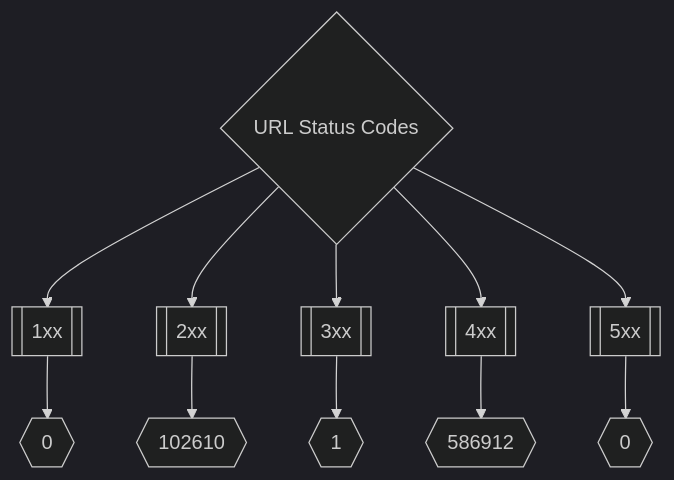
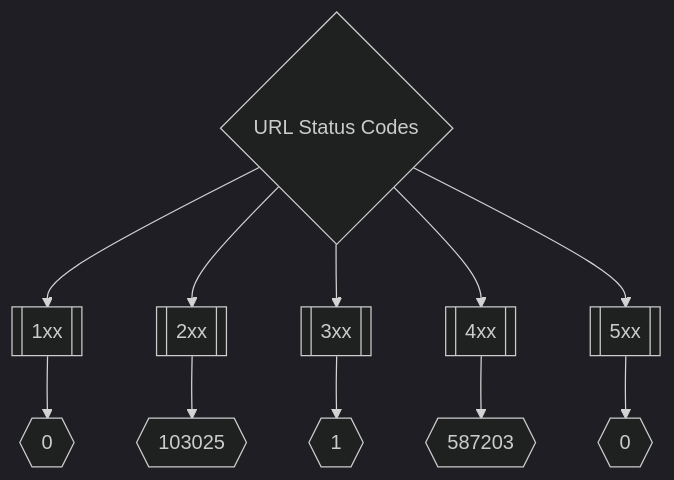
The second of 3 diagrams in README.md (trickest/inventory), drawn with Mermaid (dark theme) before and after one commit. The commit also changed other lines of this file, not shown here.

Commit message:
Update README.md Sun Aug  7 21:59:54 UTC 2022

````diff
--- a/README.md
+++ b/README.md
@@ -175,8 +175,8 @@
 ```mermaid
 graph TD
 title{URL Status Codes} --> 1xx[[1xx]] --> status1xxNum{{0}}
-title --> 2xx[[2xx]] --> status2xxNum{{102610}}
+title --> 2xx[[2xx]] --> status2xxNum{{103025}}
 title --> 3xx[[3xx]] --> status3xxNum{{1}}
-title --> 4xx[[4xx]] --> status4xxNum{{586912}}
+title --> 4xx[[4xx]] --> status4xxNum{{587203}}
 title --> 5xx[[5xx]] --> status5xxNum{{0}}
 ```
````
